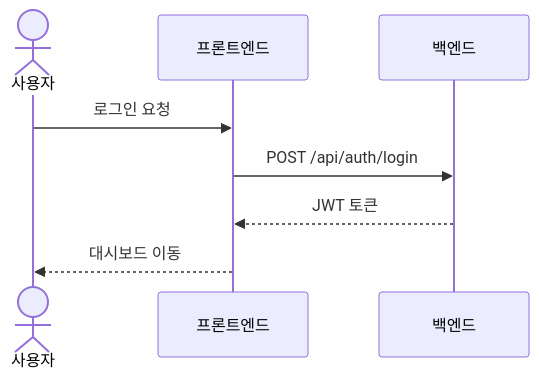
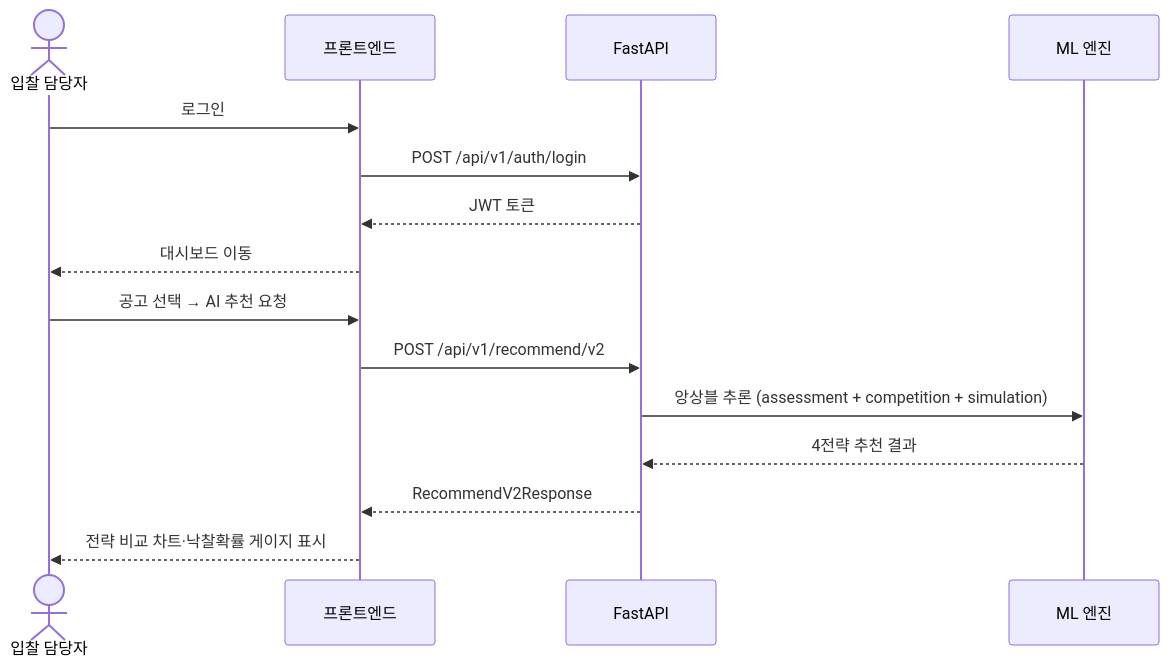
Before and after one commit to kilssang77-web/dart: the second of 2 diagrams in .harness/docs/SCREEN_MAP.md, drawn with Mermaid. The commit also changed other lines of this file and 16 other files, not shown here.

````diff
--- a/.harness/docs/SCREEN_MAP.md
+++ b/.harness/docs/SCREEN_MAP.md
@@ -56,10 +146,19 @@
 ```mermaid
 sequenceDiagram
-    actor U as 사용자
+    actor U as 입찰 담당자
     participant FE as 프론트엔드
-    participant BE as 백엔드
-    U->>FE: 로그인 요청
-    FE->>BE: POST /api/auth/login
+    participant BE as FastAPI
+    participant ML as ML 엔진
+
+    U->>FE: 로그인
+    FE->>BE: POST /api/v1/auth/login
     BE-->>FE: JWT 토큰
     FE-->>U: 대시보드 이동
+
+    U->>FE: 공고 선택 → AI 추천 요청
+    FE->>BE: POST /api/v1/recommend/v2
+    BE->>ML: 앙상블 추론 (assessment + competition + simulation)
+    ML-->>BE: 4전략 추천 결과
+    BE-->>FE: RecommendV2Response
+    FE-->>U: 전략 비교 차트·낙찰확률 게이지 표시
 ```
````
